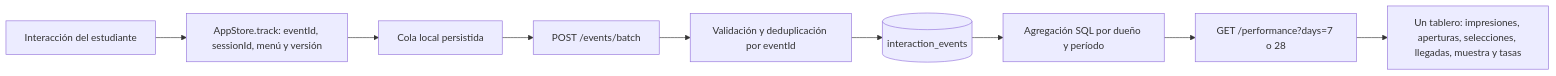
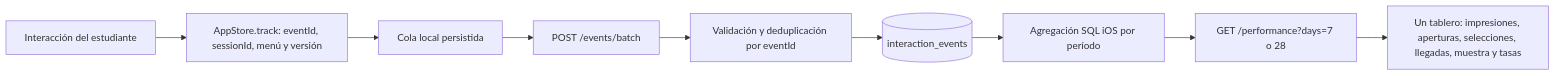
One commit to k-alvarezr/UniEat---iOS changed the second of 2 diagrams in docs/sprint2-sustentacion.md. Above: the diagram before and after it, drawn with Mermaid. The commit also changed other lines of this file and 9 other files, not shown here.

````diff
--- a/docs/sprint2-sustentacion.md
+++ b/docs/sprint2-sustentacion.md
@@ -35,11 +35,11 @@
 ```mermaid
 flowchart LR
   A[Interacción del estudiante] --> B[AppStore.track: eventId, sessionId, menú y versión]
   B --> C[Cola local persistida]
   C --> D[POST /events/batch]
   D --> E[Validación y deduplicación por eventId]
   E --> F[(interaction_events)]
-  F --> G[Agregación SQL por dueño y período]
+  F --> G[Agregación SQL iOS por período]
   G --> H[GET /performance?days=7 o 28]
   H --> I[Un tablero: impresiones, aperturas, selecciones, llegadas, muestra y tasas]
 ```
````
